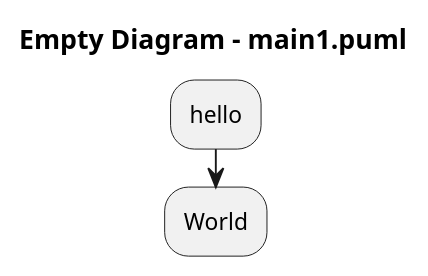
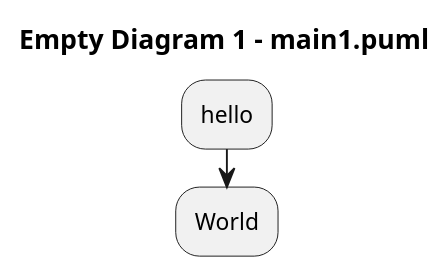
One commit to arwenvaughan/test1 changed the diagram in main1.puml. Above: the diagram before and after it, drawn with PlantUML.

Commit message:
PlantText Commit: Something.

```diff
--- a/main1.puml
+++ b/main1.puml
@@ -1,7 +1,7 @@
 @startuml
 
-title Empty Diagram - main1.puml
+title Empty Diagram 1 - main1.puml
 :hello;
 :World;
 
 @enduml
```
